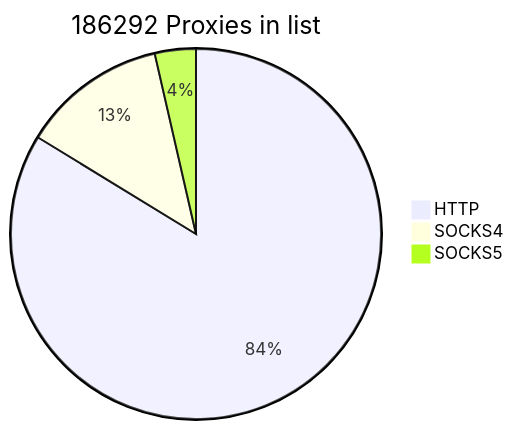
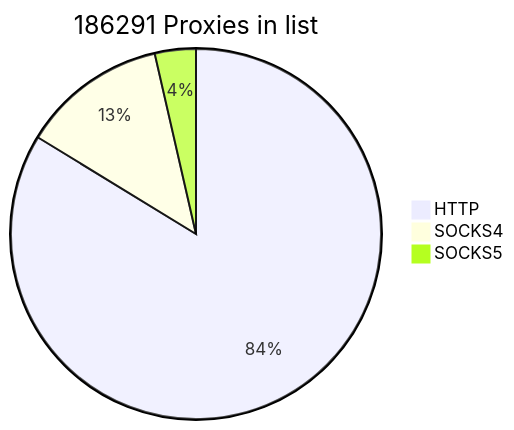
The first of 2 diagrams in README.md (cutipu/proxylist), drawn with Mermaid before and after one commit.

````diff
--- a/README.md
+++ b/README.md
@@ -2,7 +2,7 @@
 ```mermaid
-pie title 186292 Proxies in list
+pie title 186291 Proxies in list
     "HTTP" : 155987
     "SOCKS4" : 23635
-    "SOCKS5" : 6670
+    "SOCKS5" : 6669
             
 ```
````
